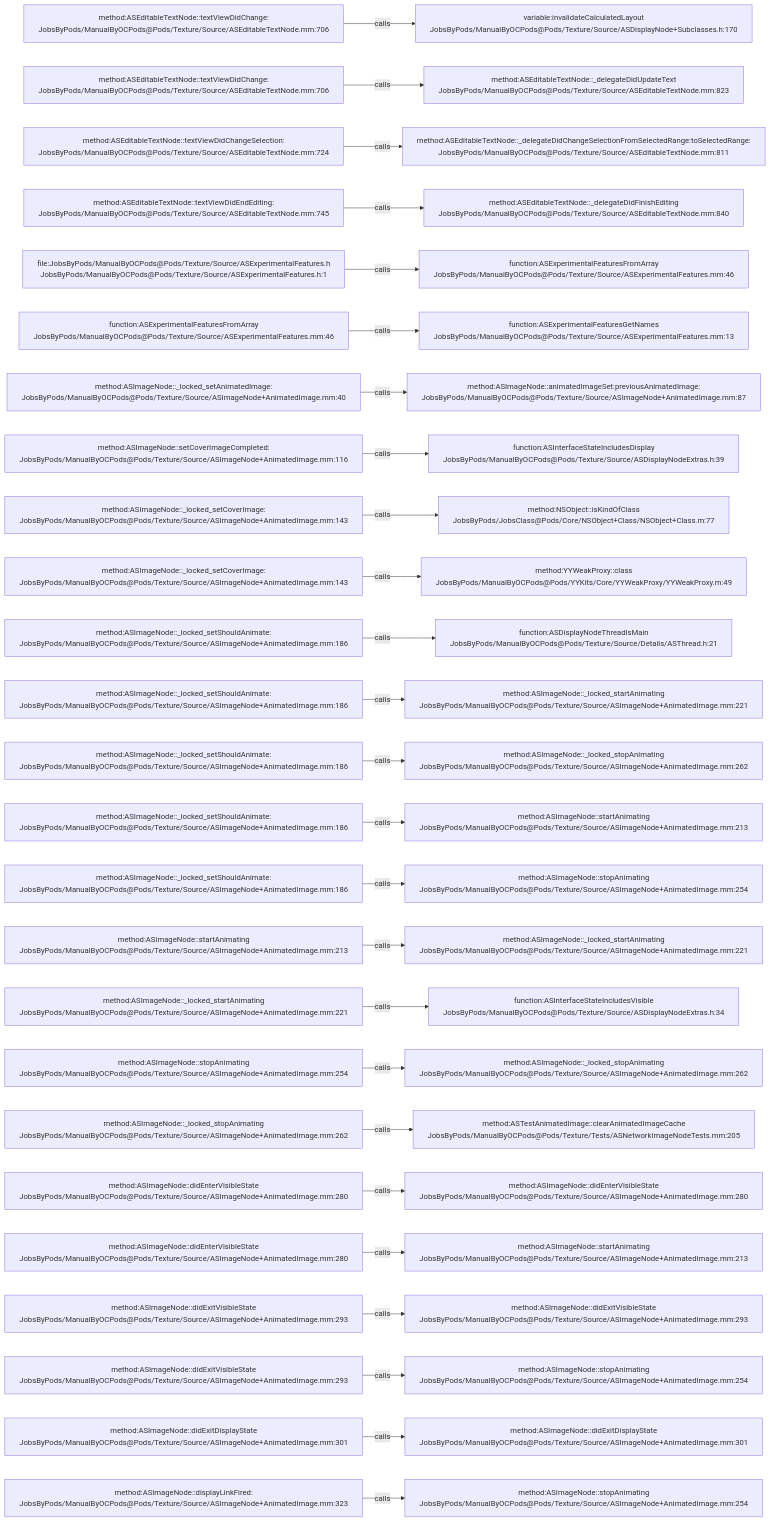
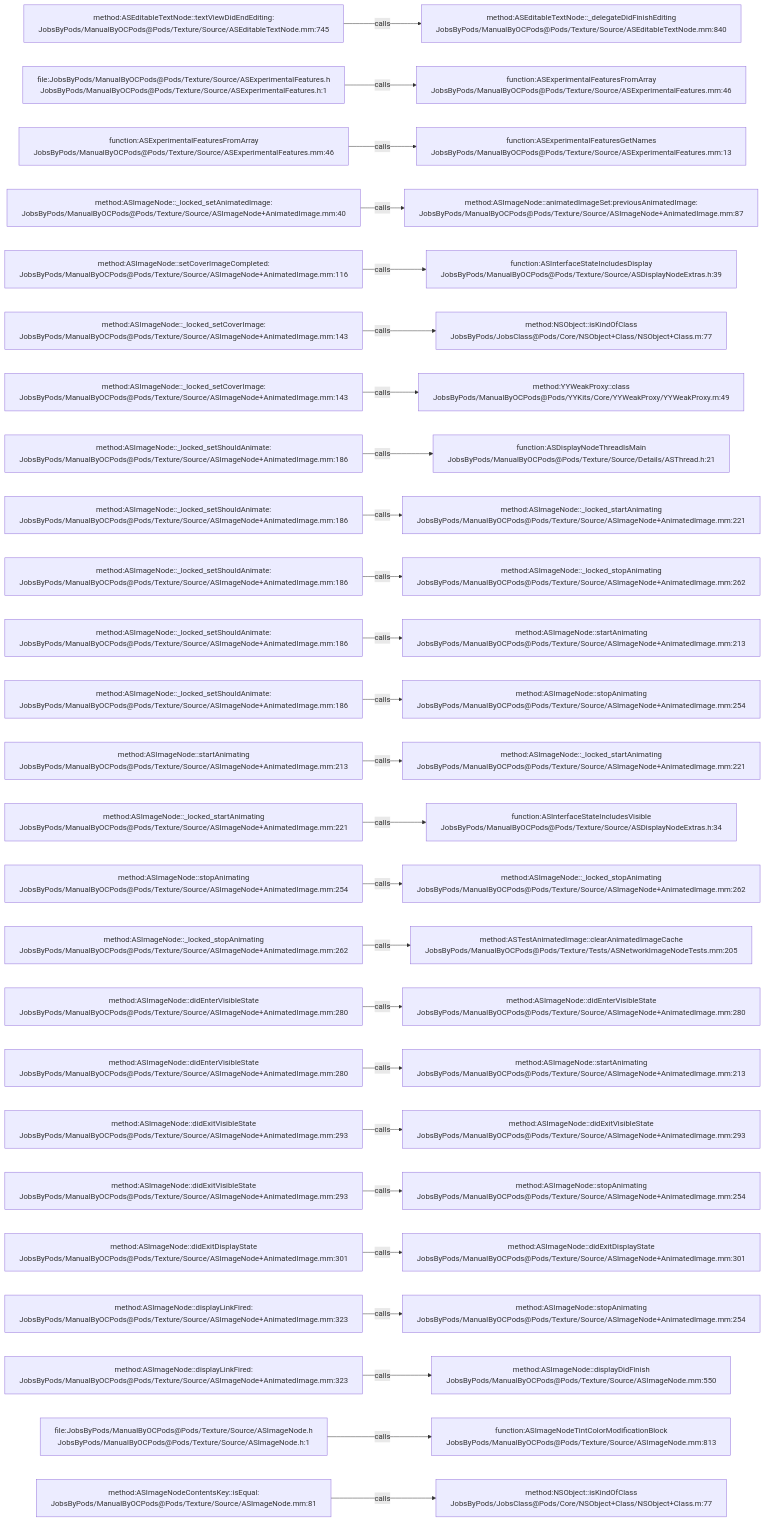
Before and after one commit to JobsKits/JobsOCBaseConfigDemo: the diagram in .codegraph/codegraph.md/graphs/calls-110.md, drawn with Mermaid. The commit also changed 342 other files, not shown here.

````diff
--- a/.codegraph/codegraph.md/graphs/calls-110.md
+++ b/.codegraph/codegraph.md/graphs/calls-110.md
@@ -13,78 +13,78 @@
 ```mermaid
 flowchart LR
-  S1["method:ASEditableTextNode::textViewDidChange:<br/>JobsByPods/ManualByOCPods@Pods/Texture/Source/ASEditableTextNode.mm:706"]
-  T1["variable:invalidateCalculatedLayout<br/>JobsByPods/ManualByOCPods@Pods/Texture/Source/ASDisplayNode+Subclasses.h:170"]
+  S1["method:ASEditableTextNode::textViewDidEndEditing:<br/>JobsByPods/ManualByOCPods@Pods/Texture/Source/ASEditableTextNode.mm:745"]
+  T1["method:ASEditableTextNode::_delegateDidFinishEditing<br/>JobsByPods/ManualByOCPods@Pods/Texture/Source/ASEditableTextNode.mm:840"]
   S1 -->|calls| T1
-  S2["method:ASEditableTextNode::textViewDidChange:<br/>JobsByPods/ManualByOCPods@Pods/Texture/Source/ASEditableTextNode.mm:706"]
-  T2["method:ASEditableTextNode::_delegateDidUpdateText<br/>JobsByPods/ManualByOCPods@Pods/Texture/Source/ASEditableTextNode.mm:823"]
+  S2["file:JobsByPods/ManualByOCPods@Pods/Texture/Source/ASExperimentalFeatures.h<br/>JobsByPods/ManualByOCPods@Pods/Texture/Source/ASExperimentalFeatures.h:1"]
+  T2["function:ASExperimentalFeaturesFromArray<br/>JobsByPods/ManualByOCPods@Pods/Texture/Source/ASExperimentalFeatures.mm:46"]
   S2 -->|calls| T2
-  S3["method:ASEditableTextNode::textViewDidChangeSelection:<br/>JobsByPods/ManualByOCPods@Pods/Texture/Source/ASEditableTextNode.mm:724"]
-  T3["method:ASEditableTextNode::_delegateDidChangeSelectionFromSelectedRange:toSelectedRange:<br/>JobsByPods/ManualByOCPods@Pods/Texture/Source/ASEditableTextNode.mm:811"]
+  S3["function:ASExperimentalFeaturesFromArray<br/>JobsByPods/ManualByOCPods@Pods/Texture/Source/ASExperimentalFeatures.mm:46"]
+  T3["function:ASExperimentalFeaturesGetNames<br/>JobsByPods/ManualByOCPods@Pods/Texture/Source/ASExperimentalFeatures.mm:13"]
   S3 -->|calls| T3
-  S4["method:ASEditableTextNode::textViewDidEndEditing:<br/>JobsByPods/ManualByOCPods@Pods/Texture/Source/ASEditableTextNode.mm:745"]
-  T4["method:ASEditableTextNode::_delegateDidFinishEditing<br/>JobsByPods/ManualByOCPods@Pods/Texture/Source/ASEditableTextNode.mm:840"]
+  S4["method:ASImageNode::_locked_setAnimatedImage:<br/>JobsByPods/ManualByOCPods@Pods/Texture/Source/ASImageNode+AnimatedImage.mm:40"]
+  T4["method:ASImageNode::animatedImageSet:previousAnimatedImage:<br/>JobsByPods/ManualByOCPods@Pods/Texture/Source/ASImageNode+AnimatedImage.mm:87"]
   S4 -->|calls| T4
-  S5["file:JobsByPods/ManualByOCPods@Pods/Texture/Source/ASExperimentalFeatures.h<br/>JobsByPods/ManualByOCPods@Pods/Texture/Source/ASExperimentalFeatures.h:1"]
-  T5["function:ASExperimentalFeaturesFromArray<br/>JobsByPods/ManualByOCPods@Pods/Texture/Source/ASExperimentalFeatures.mm:46"]
+  S5["method:ASImageNode::setCoverImageCompleted:<br/>JobsByPods/ManualByOCPods@Pods/Texture/Source/ASImageNode+AnimatedImage.mm:116"]
+  T5["function:ASInterfaceStateIncludesDisplay<br/>JobsByPods/ManualByOCPods@Pods/Texture/Source/ASDisplayNodeExtras.h:39"]
   S5 -->|calls| T5
-  S6["function:ASExperimentalFeaturesFromArray<br/>JobsByPods/ManualByOCPods@Pods/Texture/Source/ASExperimentalFeatures.mm:46"]
-  T6["function:ASExperimentalFeaturesGetNames<br/>JobsByPods/ManualByOCPods@Pods/Texture/Source/ASExperimentalFeatures.mm:13"]
+  S6["method:ASImageNode::_locked_setCoverImage:<br/>JobsByPods/ManualByOCPods@Pods/Texture/Source/ASImageNode+AnimatedImage.mm:143"]
+  T6["method:NSObject::isKindOfClass<br/>JobsByPods/JobsClass@Pods/Core/NSObject+Class/NSObject+Class.m:77"]
   S6 -->|calls| T6
-  S7["method:ASImageNode::_locked_setAnimatedImage:<br/>JobsByPods/ManualByOCPods@Pods/Texture/Source/ASImageNode+AnimatedImage.mm:40"]
-  T7["method:ASImageNode::animatedImageSet:previousAnimatedImage:<br/>JobsByPods/ManualByOCPods@Pods/Texture/Source/ASImageNode+AnimatedImage.mm:87"]
+  S7["method:ASImageNode::_locked_setCoverImage:<br/>JobsByPods/ManualByOCPods@Pods/Texture/Source/ASImageNode+AnimatedImage.mm:143"]
+  T7["method:YYWeakProxy::class<br/>JobsByPods/ManualByOCPods@Pods/YYKits/Core/YYWeakProxy/YYWeakProxy.m:49"]
   S7 -->|calls| T7
-  S8["method:ASImageNode::setCoverImageCompleted:<br/>JobsByPods/ManualByOCPods@Pods/Texture/Source/ASImageNode+AnimatedImage.mm:116"]
-  T8["function:ASInterfaceStateIncludesDisplay<br/>JobsByPods/ManualByOCPods@Pods/Texture/Source/ASDisplayNodeExtras.h:39"]
+  S8["method:ASImageNode::_locked_setShouldAnimate:<br/>JobsByPods/ManualByOCPods@Pods/Texture/Source/ASImageNode+AnimatedImage.mm:186"]
+  T8["function:ASDisplayNodeThreadIsMain<br/>JobsByPods/ManualByOCPods@Pods/Texture/Source/Details/ASThread.h:21"]
   S8 -->|calls| T8
-  S9["method:ASImageNode::_locked_setCoverImage:<br/>JobsByPods/ManualByOCPods@Pods/Texture/Source/ASImageNode+AnimatedImage.mm:143"]
-  T9["method:NSObject::isKindOfClass<br/>JobsByPods/JobsClass@Pods/Core/NSObject+Class/NSObject+Class.m:77"]
+  S9["method:ASImageNode::_locked_setShouldAnimate:<br/>JobsByPods/ManualByOCPods@Pods/Texture/Source/ASImageNode+AnimatedImage.mm:186"]
+  T9["method:ASImageNode::_locked_startAnimating<br/>JobsByPods/ManualByOCPods@Pods/Texture/Source/ASImageNode+AnimatedImage.mm:221"]
   S9 -->|calls| T9
-  S10["method:ASImageNode::_locked_setCoverImage:<br/>JobsByPods/ManualByOCPods@Pods/Texture/Source/ASImageNode+AnimatedImage.mm:143"]
-  T10["method:YYWeakProxy::class<br/>JobsByPods/ManualByOCPods@Pods/YYKits/Core/YYWeakProxy/YYWeakProxy.m:49"]
+  S10["method:ASImageNode::_locked_setShouldAnimate:<br/>JobsByPods/ManualByOCPods@Pods/Texture/Source/ASImageNode+AnimatedImage.mm:186"]
+  T10["method:ASImageNode::_locked_stopAnimating<br/>JobsByPods/ManualByOCPods@Pods/Texture/Source/ASImageNode+AnimatedImage.mm:262"]
   S10 -->|calls| T10
   S11["method:ASImageNode::_locked_setShouldAnimate:<br/>JobsByPods/ManualByOCPods@Pods/Texture/Source/ASImageNode+AnimatedImage.mm:186"]
-  T11["function:ASDisplayNodeThreadIsMain<br/>JobsByPods/ManualByOCPods@Pods/Texture/Source/Details/ASThread.h:21"]
+  T11["method:ASImageNode::startAnimating<br/>JobsByPods/ManualByOCPods@Pods/Texture/Source/ASImageNode+AnimatedImage.mm:213"]
   S11 -->|calls| T11
   S12["method:ASImageNode::_locked_setShouldAnimate:<br/>JobsByPods/ManualByOCPods@Pods/Texture/Source/ASImageNode+AnimatedImage.mm:186"]
-  T12["method:ASImageNode::_locked_startAnimating<br/>JobsByPods/ManualByOCPods@Pods/Texture/Source/ASImageNode+AnimatedImage.mm:221"]
+  T12["method:ASImageNode::stopAnimating<br/>JobsByPods/ManualByOCPods@Pods/Texture/Source/ASImageNode+AnimatedImage.mm:254"]
   S12 -->|calls| T12
-  S13["method:ASImageNode::_locked_setShouldAnimate:<br/>JobsByPods/ManualByOCPods@Pods/Texture/Source/ASImageNode+AnimatedImage.mm:186"]
-  T13["method:ASImageNode::_locked_stopAnimating<br/>JobsByPods/ManualByOCPods@Pods/Texture/Source/ASImageNode+AnimatedImage.mm:262"]
+  S13["method:ASImageNode::startAnimating<br/>JobsByPods/ManualByOCPods@Pods/Texture/Source/ASImageNode+AnimatedImage.mm:213"]
+  T13["method:ASImageNode::_locked_startAnimating<br/>JobsByPods/ManualByOCPods@Pods/Texture/Source/ASImageNode+AnimatedImage.mm:221"]
   S13 -->|calls| T13
-  S14["method:ASImageNode::_locked_setShouldAnimate:<br/>JobsByPods/ManualByOCPods@Pods/Texture/Source/ASImageNode+AnimatedImage.mm:186"]
-  T14["method:ASImageNode::startAnimating<br/>JobsByPods/ManualByOCPods@Pods/Texture/Source/ASImageNode+AnimatedImage.mm:213"]
+  S14["method:ASImageNode::_locked_startAnimating<br/>JobsByPods/ManualByOCPods@Pods/Texture/Source/ASImageNode+AnimatedImage.mm:221"]
+  T14["function:ASInterfaceStateIncludesVisible<br/>JobsByPods/ManualByOCPods@Pods/Texture/Source/ASDisplayNodeExtras.h:34"]
   S14 -->|calls| T14
-  S15["method:ASImageNode::_locked_setShouldAnimate:<br/>JobsByPods/ManualByOCPods@Pods/Texture/Source/ASImageNode+AnimatedImage.mm:186"]
-  T15["method:ASImageNode::stopAnimating<br/>JobsByPods/ManualByOCPods@Pods/Texture/Source/ASImageNode+AnimatedImage.mm:254"]
+  S15["method:ASImageNode::stopAnimating<br/>JobsByPods/ManualByOCPods@Pods/Texture/Source/ASImageNode+AnimatedImage.mm:254"]
+  T15["method:ASImageNode::_locked_stopAnimating<br/>JobsByPods/ManualByOCPods@Pods/Texture/Source/ASImageNode+AnimatedImage.mm:262"]
   S15 -->|calls| T15
-  S16["method:ASImageNode::startAnimating<br/>JobsByPods/ManualByOCPods@Pods/Texture/Source/ASImageNode+AnimatedImage.mm:213"]
-  T16["method:ASImageNode::_locked_startAnimating<br/>JobsByPods/ManualByOCPods@Pods/Texture/Source/ASImageNode+AnimatedImage.mm:221"]
+  S16["method:ASImageNode::_locked_stopAnimating<br/>JobsByPods/ManualByOCPods@Pods/Texture/Source/ASImageNode+AnimatedImage.mm:262"]
+  T16["method:ASTestAnimatedImage::clearAnimatedImageCache<br/>JobsByPods/ManualByOCPods@Pods/Texture/Tests/ASNetworkImageNodeTests.mm:205"]
   S16 -->|calls| T16
-  S17["method:ASImageNode::_locked_startAnimating<br/>JobsByPods/ManualByOCPods@Pods/Texture/Source/ASImageNode+AnimatedImage.mm:221"]
-  T17["function:ASInterfaceStateIncludesVisible<br/>JobsByPods/ManualByOCPods@Pods/Texture/Source/ASDisplayNodeExtras.h:34"]
+  S17["method:ASImageNode::didEnterVisibleState<br/>JobsByPods/ManualByOCPods@Pods/Texture/Source/ASImageNode+AnimatedImage.mm:280"]
+  T17["method:ASImageNode::didEnterVisibleState<br/>JobsByPods/ManualByOCPods@Pods/Texture/Source/ASImageNode+AnimatedImage.mm:280"]
   S17 -->|calls| T17
-  S18["method:ASImageNode::stopAnimating<br/>JobsByPods/ManualByOCPods@Pods/Texture/Source/ASImageNode+AnimatedImage.mm:254"]
-  T18["method:ASImageNode::_locked_stopAnimating<br/>JobsByPods/ManualByOCPods@Pods/Texture/Source/ASImageNode+AnimatedImage.mm:262"]
+  S18["method:ASImageNode::didEnterVisibleState<br/>JobsByPods/ManualByOCPods@Pods/Texture/Source/ASImageNode+AnimatedImage.mm:280"]
+  T18["method:ASImageNode::startAnimating<br/>JobsByPods/ManualByOCPods@Pods/Texture/Source/ASImageNode+AnimatedImage.mm:213"]
   S18 -->|calls| T18
-  S19["method:ASImageNode::_locked_stopAnimating<br/>JobsByPods/ManualByOCPods@Pods/Texture/Source/ASImageNode+AnimatedImage.mm:262"]
-  T19["method:ASTestAnimatedImage::clearAnimatedImageCache<br/>JobsByPods/ManualByOCPods@Pods/Texture/Tests/ASNetworkImageNodeTests.mm:205"]
+  S19["method:ASImageNode::didExitVisibleState<br/>JobsByPods/ManualByOCPods@Pods/Texture/Source/ASImageNode+AnimatedImage.mm:293"]
+  T19["method:ASImageNode::didExitVisibleState<br/>JobsByPods/ManualByOCPods@Pods/Texture/Source/ASImageNode+AnimatedImage.mm:293"]
   S19 -->|calls| T19
-  S20["method:ASImageNode::didEnterVisibleState<br/>JobsByPods/ManualByOCPods@Pods/Texture/Source/ASImageNode+AnimatedImage.mm:280"]
-  T20["method:ASImageNode::didEnterVisibleState<br/>JobsByPods/ManualByOCPods@Pods/Texture/Source/ASImageNode+AnimatedImage.mm:280"]
+  S20["method:ASImageNode::didExitVisibleState<br/>JobsByPods/ManualByOCPods@Pods/Texture/Source/ASImageNode+AnimatedImage.mm:293"]
+  T20["method:ASImageNode::stopAnimating<br/>JobsByPods/ManualByOCPods@Pods/Texture/Source/ASImageNode+AnimatedImage.mm:254"]
   S20 -->|calls| T20
-  S21["method:ASImageNode::didEnterVisibleState<br/>JobsByPods/ManualByOCPods@Pods/Texture/Source/ASImageNode+AnimatedImage.mm:280"]
-  T21["method:ASImageNode::startAnimating<br/>JobsByPods/ManualByOCPods@Pods/Texture/Source/ASImageNode+AnimatedImage.mm:213"]
+  S21["method:ASImageNode::didExitDisplayState<br/>JobsByPods/ManualByOCPods@Pods/Texture/Source/ASImageNode+AnimatedImage.mm:301"]
+  T21["method:ASImageNode::didExitDisplayState<br/>JobsByPods/ManualByOCPods@Pods/Texture/Source/ASImageNode+AnimatedImage.mm:301"]
   S21 -->|calls| T21
-  S22["method:ASImageNode::didExitVisibleState<br/>JobsByPods/ManualByOCPods@Pods/Texture/Source/ASImageNode+AnimatedImage.mm:293"]
-  T22["method:ASImageNode::didExitVisibleState<br/>JobsByPods/ManualByOCPods@Pods/Texture/Source/ASImageNode+AnimatedImage.mm:293"]
+  S22["method:ASImageNode::displayLinkFired:<br/>JobsByPods/ManualByOCPods@Pods/Texture/Source/ASImageNode+AnimatedImage.mm:323"]
+  T22["method:ASImageNode::stopAnimating<br/>JobsByPods/ManualByOCPods@Pods/Texture/Source/ASImageNode+AnimatedImage.mm:254"]
   S22 -->|calls| T22
-  S23["method:ASImageNode::didExitVisibleState<br/>JobsByPods/ManualByOCPods@Pods/Texture/Source/ASImageNode+AnimatedImage.mm:293"]
-  T23["method:ASImageNode::stopAnimating<br/>JobsByPods/ManualByOCPods@Pods/Texture/Source/ASImageNode+AnimatedImage.mm:254"]
+  S23["method:ASImageNode::displayLinkFired:<br/>JobsByPods/ManualByOCPods@Pods/Texture/Source/ASImageNode+AnimatedImage.mm:323"]
+  T23["method:ASImageNode::displayDidFinish<br/>JobsByPods/ManualByOCPods@Pods/Texture/Source/ASImageNode.mm:550"]
   S23 -->|calls| T23
-  S24["method:ASImageNode::didExitDisplayState<br/>JobsByPods/ManualByOCPods@Pods/Texture/Source/ASImageNode+AnimatedImage.mm:301"]
-  T24["method:ASImageNode::didExitDisplayState<br/>JobsByPods/ManualByOCPods@Pods/Texture/Source/ASImageNode+AnimatedImage.mm:301"]
+  S24["file:JobsByPods/ManualByOCPods@Pods/Texture/Source/ASImageNode.h<br/>JobsByPods/ManualByOCPods@Pods/Texture/Source/ASImageNode.h:1"]
+  T24["function:ASImageNodeTintColorModificationBlock<br/>JobsByPods/ManualByOCPods@Pods/Texture/Source/ASImageNode.mm:813"]
   S24 -->|calls| T24
-  S25["method:ASImageNode::displayLinkFired:<br/>JobsByPods/ManualByOCPods@Pods/Texture/Source/ASImageNode+AnimatedImage.mm:323"]
-  T25["method:ASImageNode::stopAnimating<br/>JobsByPods/ManualByOCPods@Pods/Texture/Source/ASImageNode+AnimatedImage.mm:254"]
+  S25["method:ASImageNodeContentsKey::isEqual:<br/>JobsByPods/ManualByOCPods@Pods/Texture/Source/ASImageNode.mm:81"]
+  T25["method:NSObject::isKindOfClass<br/>JobsByPods/JobsClass@Pods/Core/NSObject+Class/NSObject+Class.m:77"]
   S25 -->|calls| T25
 ```
````
